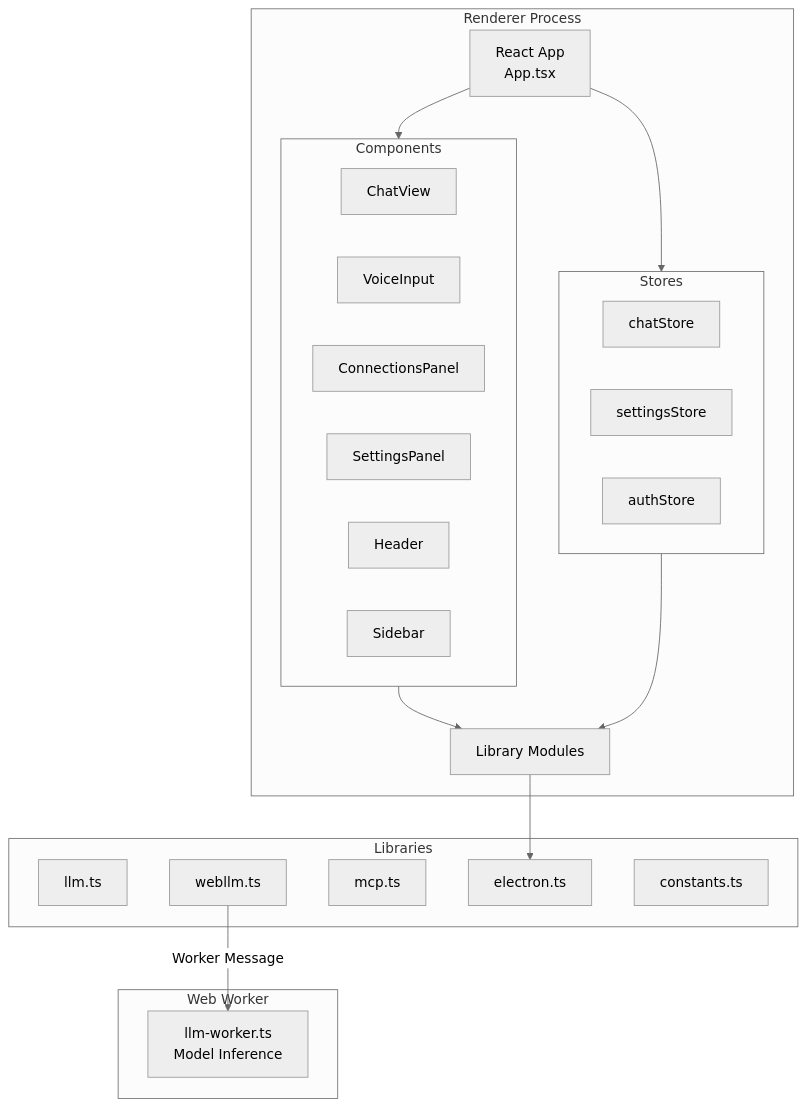
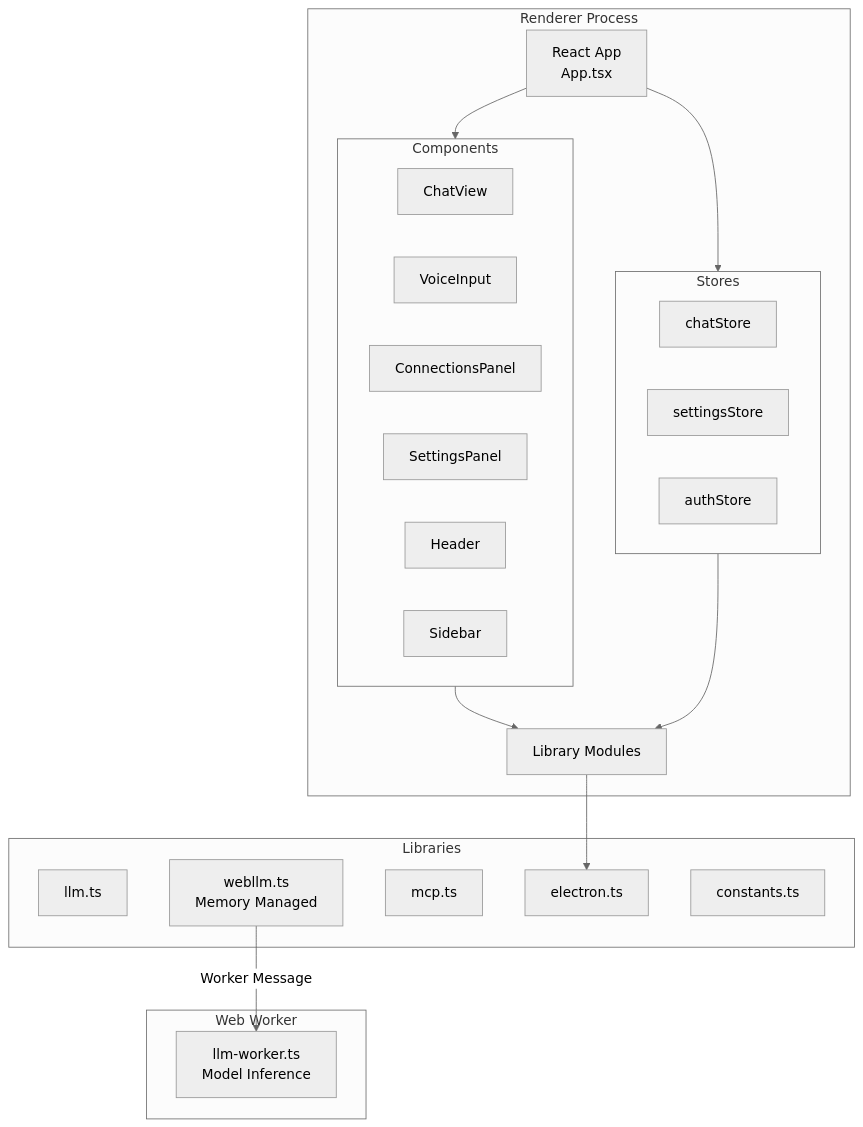
The fourth of 22 diagrams in architecture.md (meharajM/ai-worker.app), drawn with Mermaid (neutral theme) before and after one commit. The commit also changed other lines of this file and 18 other files, not shown here.

````diff
--- a/architecture.md
+++ b/architecture.md
@@ -132,44 +132,44 @@
 ```mermaid
 graph TB
     subgraph "Renderer Process"
         ReactApp[React App<br/>App.tsx]
         Components[UI Components]
         Stores[Zustand Stores]
         Lib[Library Modules]
     end
 
     subgraph "Components"
         ChatView[ChatView]
         VoiceInput[VoiceInput]
         ConnectionsPanel[ConnectionsPanel]
         SettingsPanel[SettingsPanel]
         Header[Header]
         Sidebar[Sidebar]
     end
 
     subgraph "Stores"
         ChatStore[chatStore]
         SettingsStore[settingsStore]
         AuthStore[authStore]
     end
 
     subgraph "Libraries"
         LLMLib[llm.ts]
-        WebLLMLib[webllm.ts]
+        WebLLMLib[webllm.ts<br/>Memory Managed]
         MCPLib[mcp.ts]
         ElectronLib[electron.ts]
         Constants[constants.ts]
     end
 
     ReactApp --> Components
     ReactApp --> Stores
     Components --> Lib
     Stores --> Lib
     Lib --> ElectronLib
     
     subgraph "Web Worker"
         LLMWorker[llm-worker.ts<br/>Model Inference]
     end
     
     WebLLMLib -->|Worker Message| LLMWorker
 ```
````
